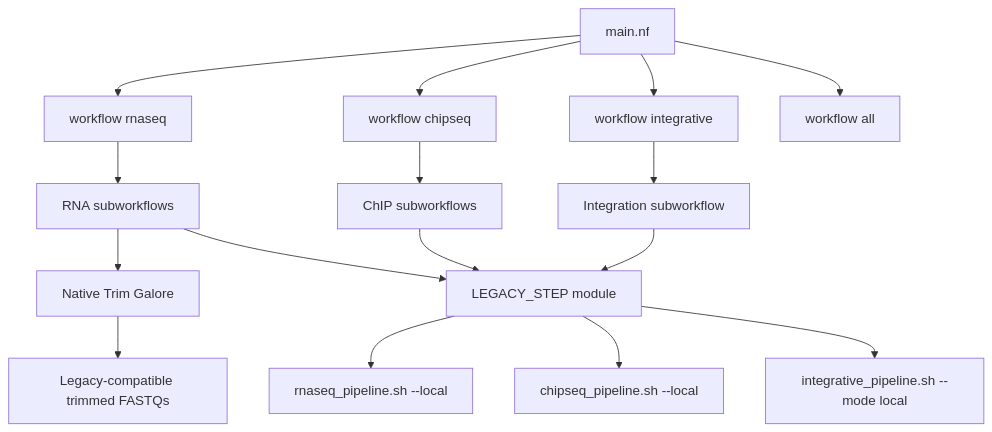
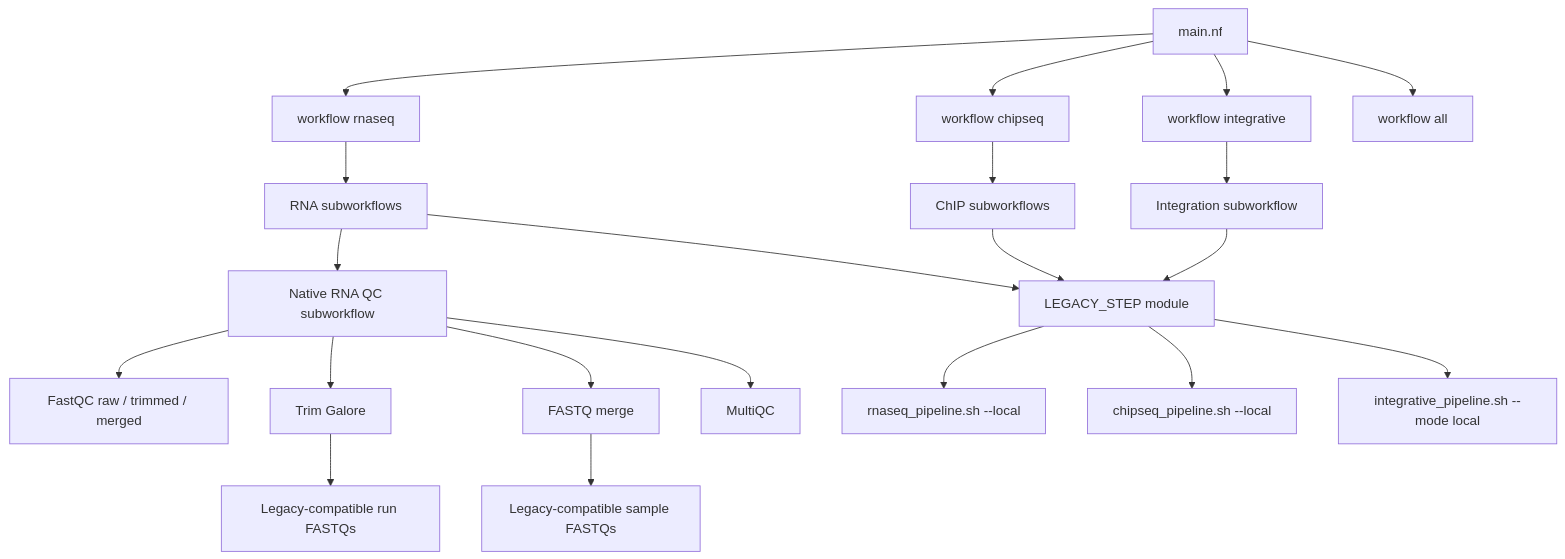
Before and after one commit to GMiguelAlves/HelixForge: the diagram in docs/architecture.md, drawn with Mermaid. The commit also changed other lines of this file and 7 other files, not shown here.

Commit message:
Document native RNA QC

````diff
--- a/docs/architecture.md
+++ b/docs/architecture.md
@@ -3,21 +3,26 @@
 ```mermaid
 flowchart TB
     MAIN["main.nf"] --> RNA["workflow rnaseq"]
     MAIN --> CHIP["workflow chipseq"]
     MAIN --> INT["workflow integrative"]
     MAIN --> ALL["workflow all"]
 
     RNA --> RSW["RNA subworkflows"]
     CHIP --> CSW["ChIP subworkflows"]
     INT --> ISW["Integration subworkflow"]
 
-    RSW --> TRIM["Native Trim Galore"]
+    RSW --> QC["Native RNA QC subworkflow"]
     RSW --> WRAP["LEGACY_STEP module"]
     CSW --> WRAP
     ISW --> WRAP
 
     WRAP --> RB["rnaseq_pipeline.sh --local"]
     WRAP --> CB["chipseq_pipeline.sh --local"]
     WRAP --> IB["integrative_pipeline.sh --mode local"]
-    TRIM --> TRIMMED["Legacy-compatible trimmed FASTQs"]
+    QC --> FASTQC["FastQC raw / trimmed / merged"]
+    QC --> TRIM["Trim Galore"]
+    QC --> MERGE["FASTQ merge"]
+    QC --> MULTIQC["MultiQC"]
+    TRIM --> TRIMMED["Legacy-compatible run FASTQs"]
+    MERGE --> MERGED["Legacy-compatible sample FASTQs"]
 ```
````
